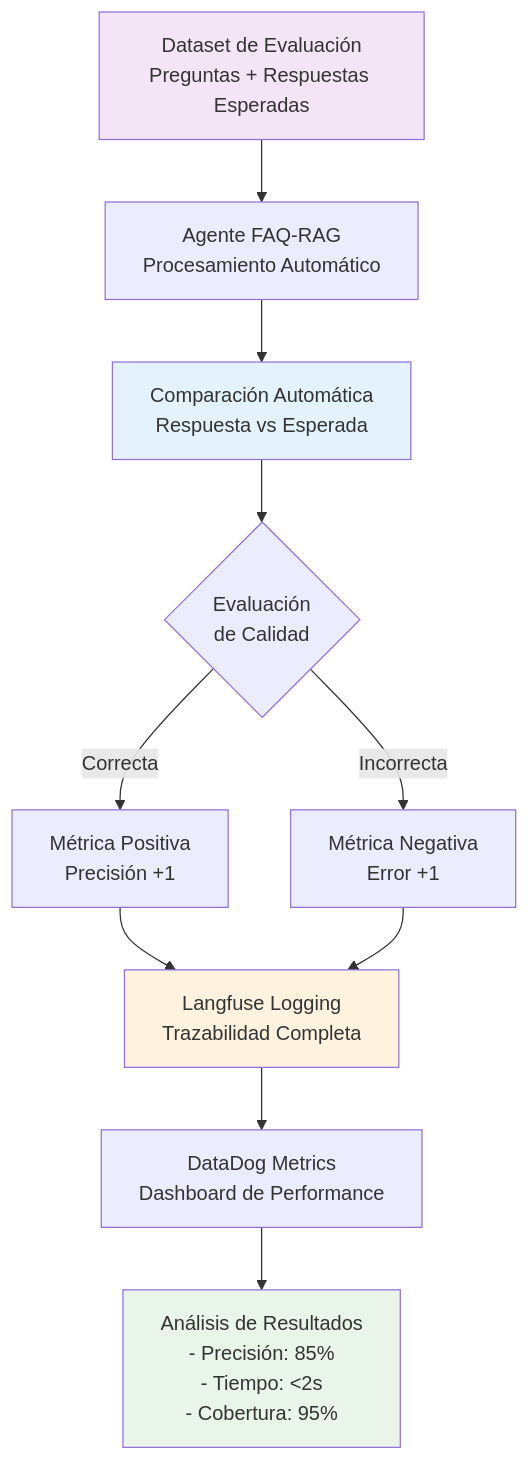
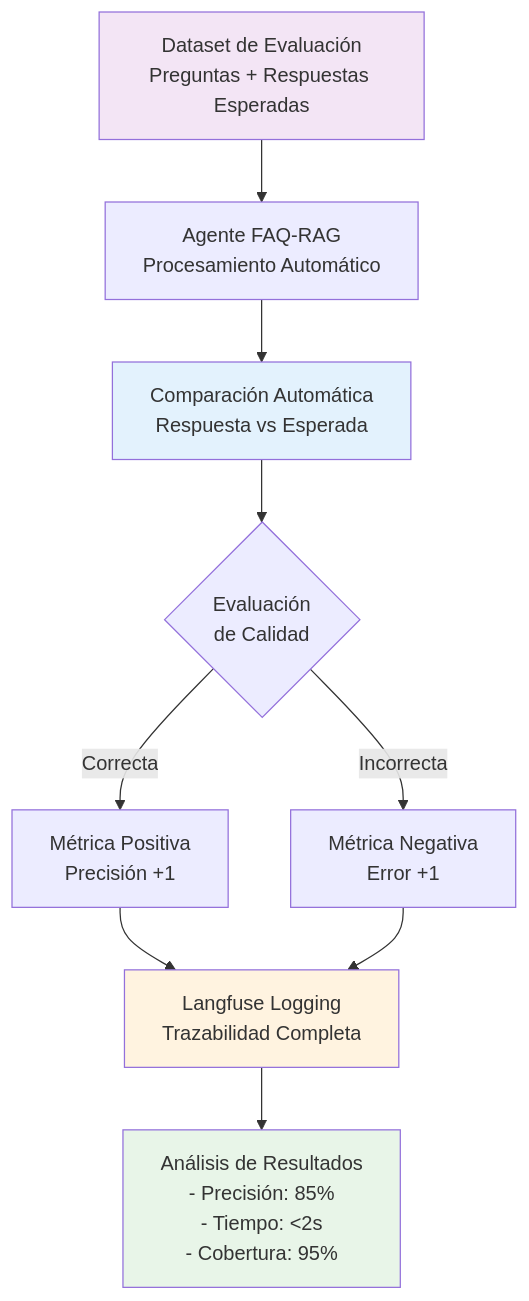
The sixth of 6 diagrams in technical-details.md (danielaloperahernandez/ai-agents-portfolio), drawn with Mermaid before and after one commit. The commit also changed other lines of this file, not shown here.

````diff
--- a/technical-details.md
+++ b/technical-details.md
@@ -216,23 +258,21 @@
 ```mermaid
 flowchart TD
     A[Dataset de Evaluación<br/>Preguntas + Respuestas Esperadas] --> B[Agente FAQ-RAG<br/>Procesamiento Automático]
     
     B --> C[Comparación Automática<br/>Respuesta vs Esperada]
     
     C --> D{Evaluación<br/>de Calidad}
     
     D -->|Correcta| E[Métrica Positiva<br/>Precisión +1]
     D -->|Incorrecta| F[Métrica Negativa<br/>Error +1]
     
     E --> G[Langfuse Logging<br/>Trazabilidad Completa]
     F --> G
     
-    G --> H[DataDog Metrics<br/>Dashboard de Performance]
-    
-    H --> I[Análisis de Resultados<br/>- Precisión: 85%<br/>- Tiempo: <2s<br/>- Cobertura: 95%]
+    G --> H[Análisis de Resultados<br/>- Precisión: 85%<br/>- Tiempo: <2s<br/>- Cobertura: 95%]
     
     style A fill:#f3e5f5
     style C fill:#e3f2fd
     style G fill:#fff3e0
-    style I fill:#e8f5e8
+    style H fill:#e8f5e8
 ```
````
